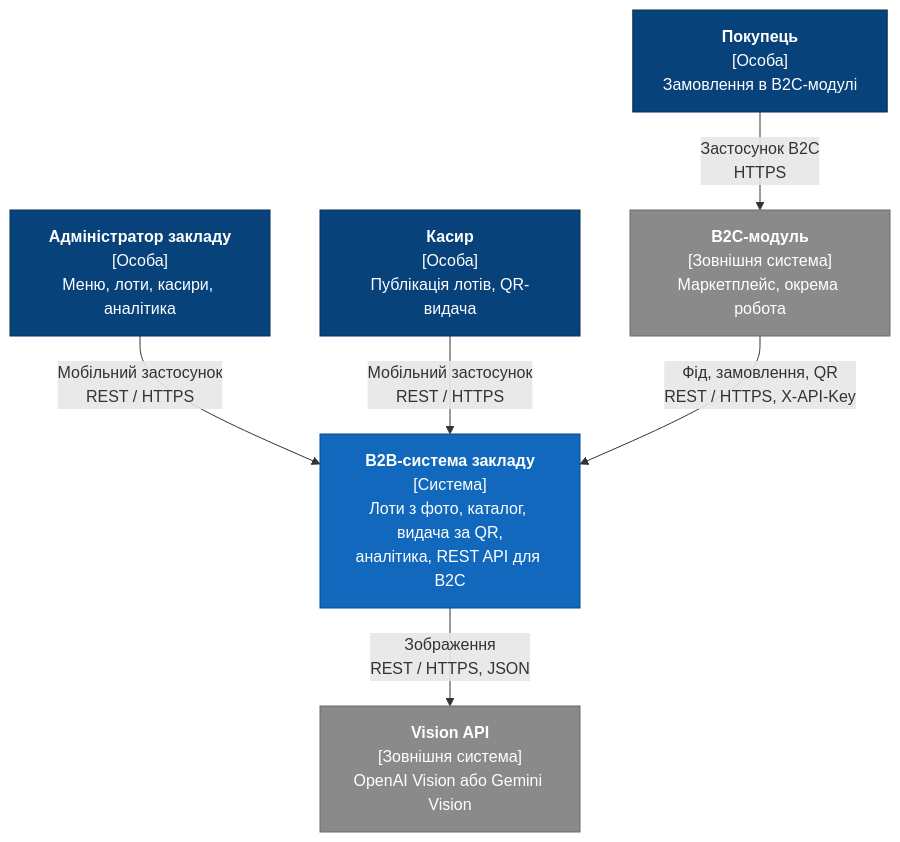
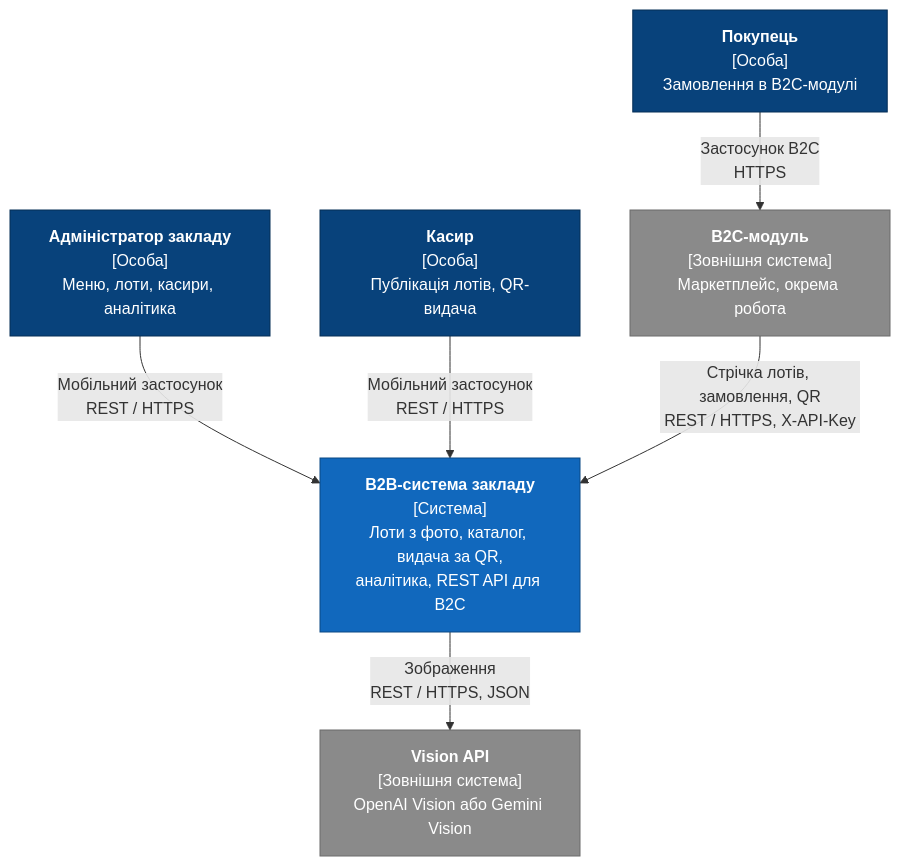
One commit to F2-diploma-project/F2-diploma-project changed the first of 7 diagrams in docs/2_design.md. Above: the diagram before and after it, drawn with Mermaid. The commit also changed other lines of this file and 6 other files, not shown here.

````diff
--- a/docs/2_design.md
+++ b/docs/2_design.md
@@ -106,21 +106,21 @@
 ```mermaid
 flowchart TB
     admin["<b>Адміністратор закладу</b><br/>[Особа]<br/>Меню, лоти, касири, аналітика"]:::person
     cashier["<b>Касир</b><br/>[Особа]<br/>Публікація лотів, QR-видача"]:::person
     buyer["<b>Покупець</b><br/>[Особа]<br/>Замовлення в B2C-модулі"]:::person
 
     b2b["<b>B2B-система закладу</b><br/>[Система]<br/>Лоти з фото, каталог, видача за QR,<br/>аналітика, REST API для B2C"]:::system
 
     b2c["<b>B2C-модуль</b><br/>[Зовнішня система]<br/>Маркетплейс, окрема робота"]:::ext
     vision["<b>Vision API</b><br/>[Зовнішня система]<br/>OpenAI Vision або Gemini Vision"]:::ext
 
     admin -- "Мобільний застосунок<br/>REST / HTTPS" --> b2b
     cashier -- "Мобільний застосунок<br/>REST / HTTPS" --> b2b
     buyer -- "Застосунок B2C<br/>HTTPS" --> b2c
-    b2c -- "Фід, замовлення, QR<br/>REST / HTTPS, X-API-Key" --> b2b
+    b2c -- "Стрічка лотів, замовлення, QR<br/>REST / HTTPS, X-API-Key" --> b2b
     b2b -- "Зображення<br/>REST / HTTPS, JSON" --> vision
 
     classDef person fill:#08427b,stroke:#052e56,color:#fff
     classDef system fill:#1168bd,stroke:#0b4884,color:#fff
     classDef ext fill:#8a8a8a,stroke:#6b6b6b,color:#fff
 ```
````
